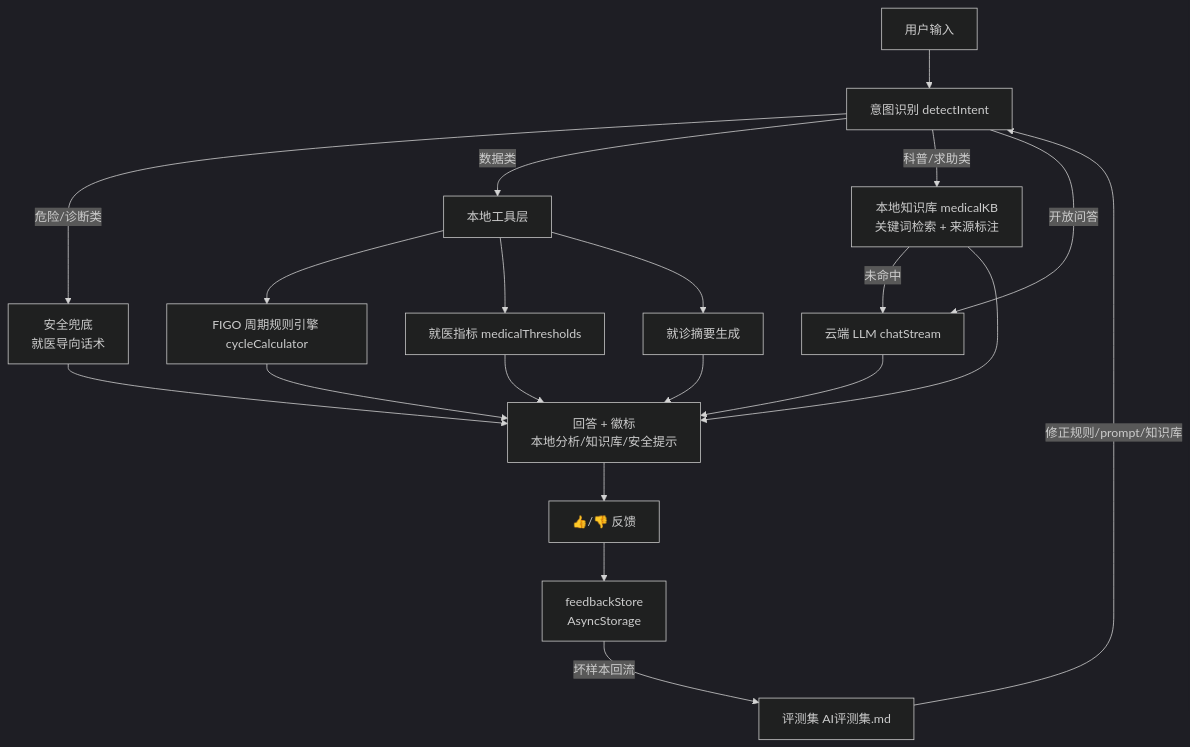
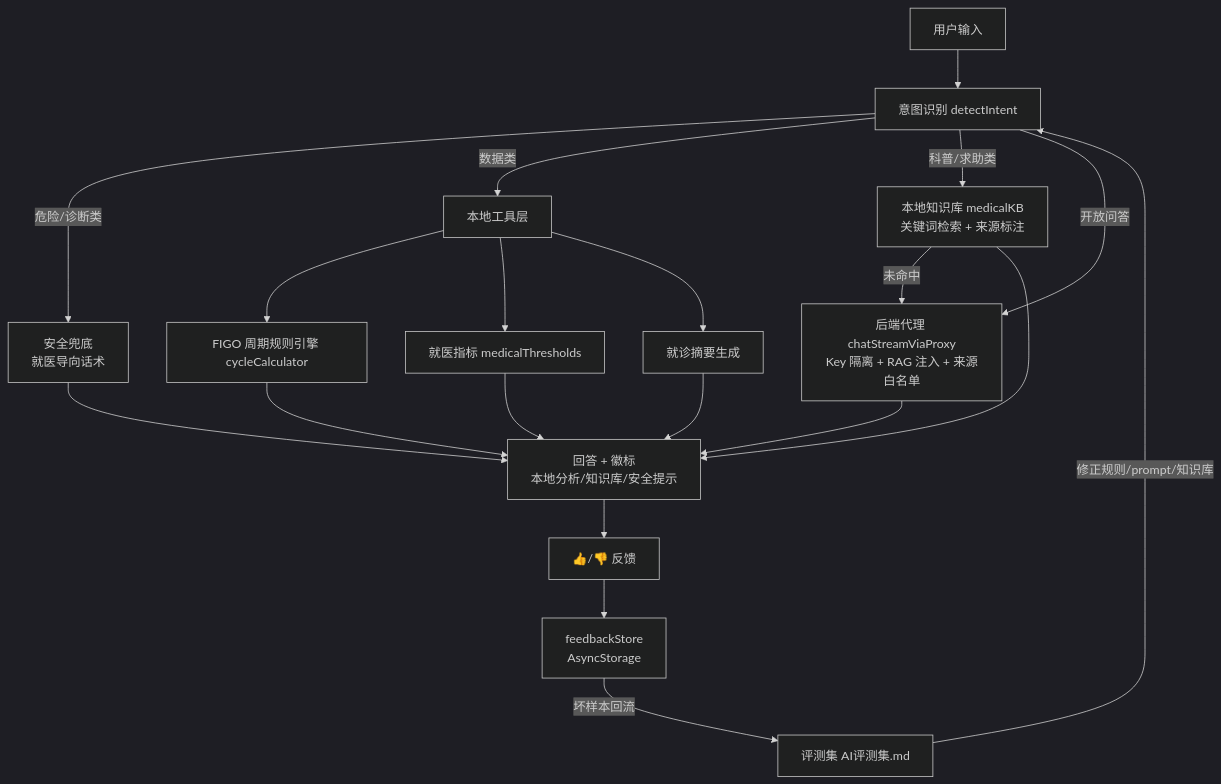
One commit to a3114029848-png/luna-app changed the diagram in AI产品设计.md. Above: the diagram before and after it, drawn with Mermaid (dark theme). The commit also changed other lines of this file and 23 other files, not shown here.

````diff
--- a/AI产品设计.md
+++ b/AI产品设计.md
@@ -106,18 +111,18 @@
 ```mermaid
 flowchart TD
     U[用户输入] --> I[意图识别 detectIntent]
     I -->|危险/诊断类| SAFE[安全兜底<br/>就医导向话术]
     I -->|数据类| TOOL[本地工具层]
     TOOL --> R1[FIGO 周期规则引擎 cycleCalculator]
     TOOL --> R2[就医指标 medicalThresholds]
     TOOL --> R3[就诊摘要生成]
     I -->|科普/求助类| KB[本地知识库 medicalKB<br/>关键词检索 + 来源标注]
-    I -->|开放问答| CLOUD[云端 LLM chatStream]
+    I -->|开放问答| CLOUD[后端代理 chatStreamViaProxy<br/>Key 隔离 + RAG 注入 + 来源白名单]
     KB -->|未命中| CLOUD
     R1 & R2 & R3 & KB & SAFE --> OUT[回答 + 徽标<br/>本地分析/知识库/安全提示]
     CLOUD --> OUT
     OUT --> FB[👍/👎 反馈]
     FB --> FS[feedbackStore<br/>AsyncStorage]
     FS -->|坏样本回流| EVAL[评测集 AI评测集.md]
     EVAL -->|修正规则/prompt/知识库| I
 ```
````
